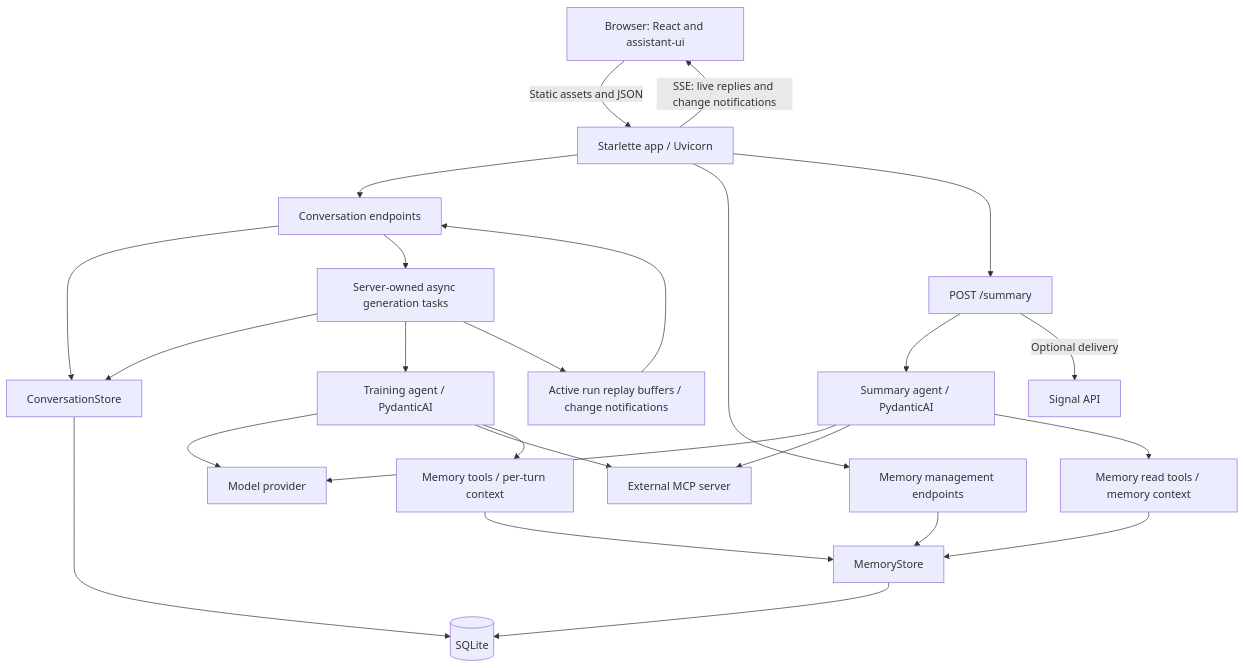
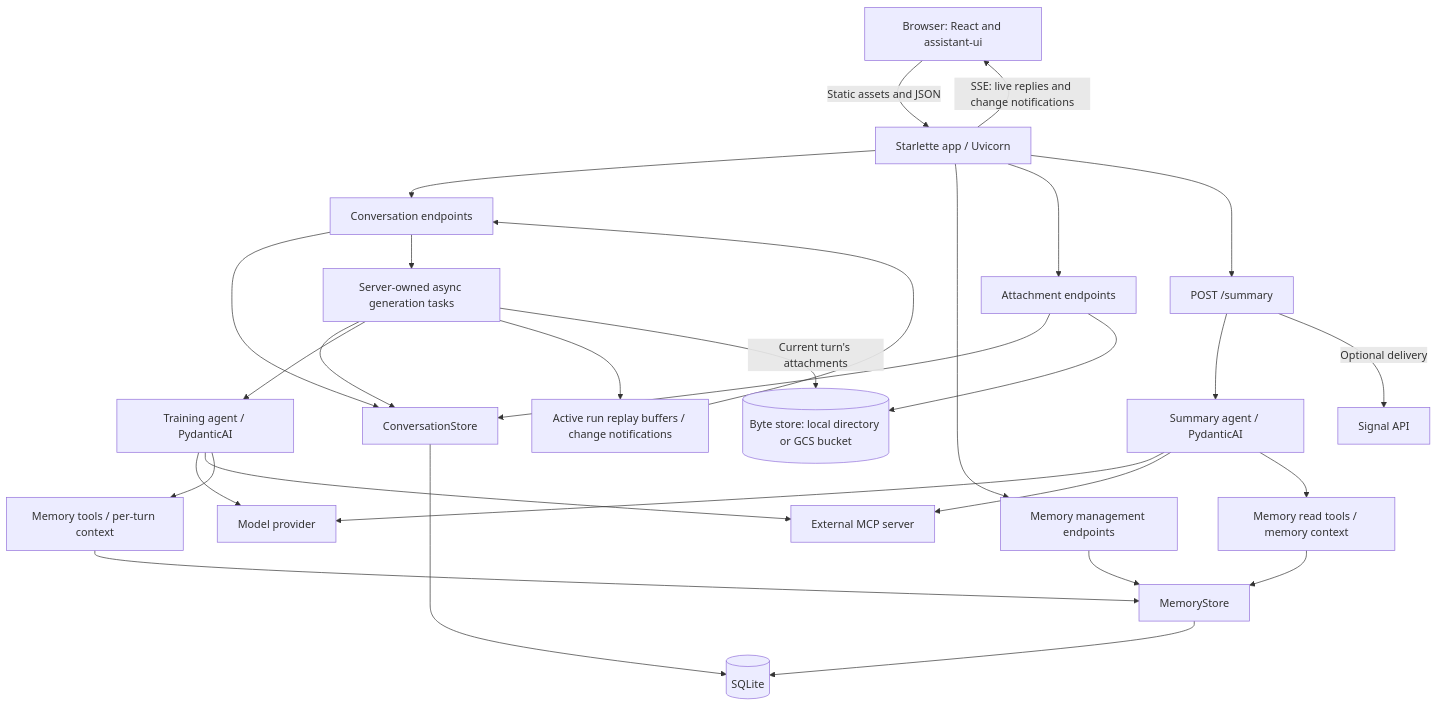
Before and after one commit to atorma/training-ai: the first of 2 diagrams in docs/application-components.md, drawn with Mermaid. The commit also changed other lines of this file and 38 other files, not shown here.

````diff
--- a/docs/application-components.md
+++ b/docs/application-components.md
@@ -5,27 +5,31 @@
 ```mermaid
 flowchart TD
     Browser[Browser: React and assistant-ui] -->|Static assets and JSON| Web[Starlette app / Uvicorn]
     Web -->|SSE: live replies and change notifications| Browser
     Web --> Chat[Conversation endpoints]
     Chat --> Store[ConversationStore]
     Store --> DB[(SQLite)]
     Chat --> Tasks[Server-owned async generation tasks]
     Tasks --> Store
     Tasks --> Training[Training agent / PydanticAI]
     Tasks --> Events[Active run replay buffers / change notifications]
     Events --> Chat
     Training --> Provider[Model provider]
     Training --> MCP[External MCP server]
     Training --> Memory[Memory tools / per-turn context]
     Web --> MemoryAPI[Memory management endpoints]
     MemoryAPI --> MemoryStore[MemoryStore]
     Memory --> MemoryStore
     MemoryStore --> DB
+    Web --> AttachmentAPI[Attachment endpoints]
+    AttachmentAPI --> Store
+    AttachmentAPI --> Bytes[(Byte store: local directory or GCS bucket)]
+    Tasks -->|Current turn's attachments| Bytes
     Web --> Summary[POST /summary]
     Summary --> SummaryAgent[Summary agent / PydanticAI]
     SummaryAgent --> Provider
     SummaryAgent --> MCP
     SummaryAgent --> MemoryRead[Memory read tools / memory context]
     MemoryRead --> MemoryStore
     Summary -->|Optional delivery| Signal[Signal API]
 ```
````
